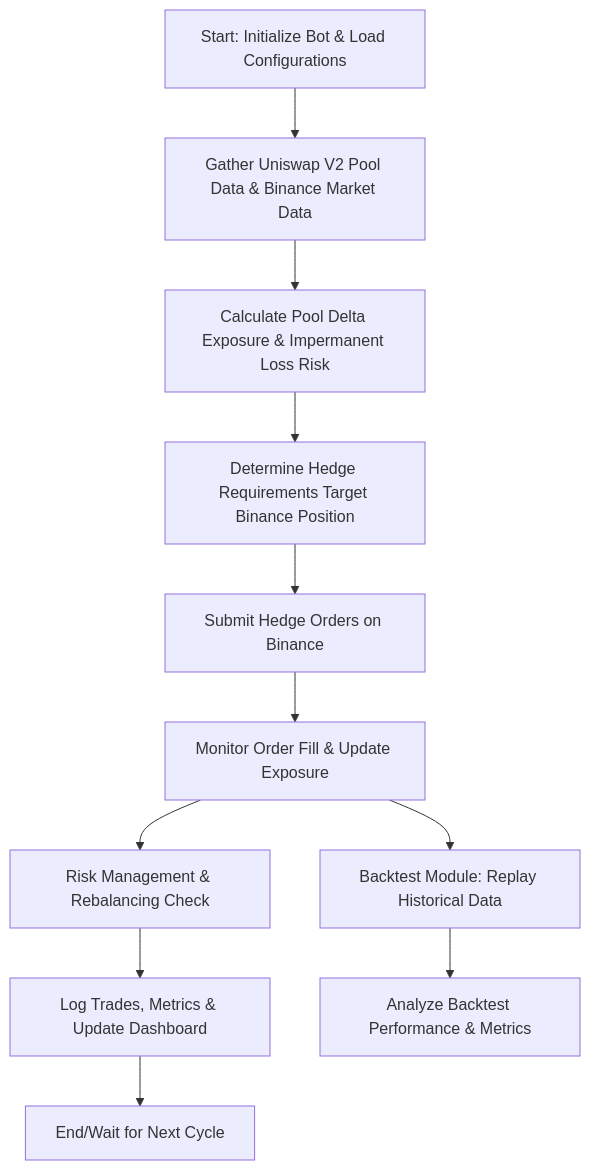
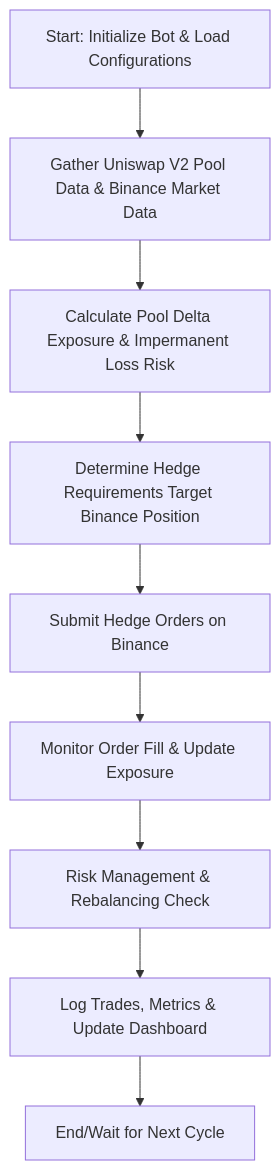
The diagram in flowchart.md (akerbabber/LPxFutures-backtest), drawn with Mermaid before and after one commit.

Commit message:
Remove backtest module steps from flowchart

````diff
--- a/flowchart.md
+++ b/flowchart.md
@@ -1,25 +1,21 @@
 ```mermaid
 flowchart TD
     A[Start: Initialize Bot & Load Configurations]
     B[Gather Uniswap V2 Pool Data & Binance Market Data]
     C[Calculate Pool Delta Exposure & Impermanent Loss Risk]
     D[Determine Hedge Requirements Target Binance Position]
     E[Submit Hedge Orders on Binance]
     F[Monitor Order Fill & Update Exposure]
     G[Risk Management & Rebalancing Check]
     H[Log Trades, Metrics & Update Dashboard]
-    I[Backtest Module: Replay Historical Data]
-    J[Analyze Backtest Performance & Metrics]
     K[End/Wait for Next Cycle]
     
     A --> B
     B --> C
     C --> D
     D --> E
     E --> F
     F --> G
     G --> H
     H --> K
-    F --> I
-    I --> J
 ```
````
